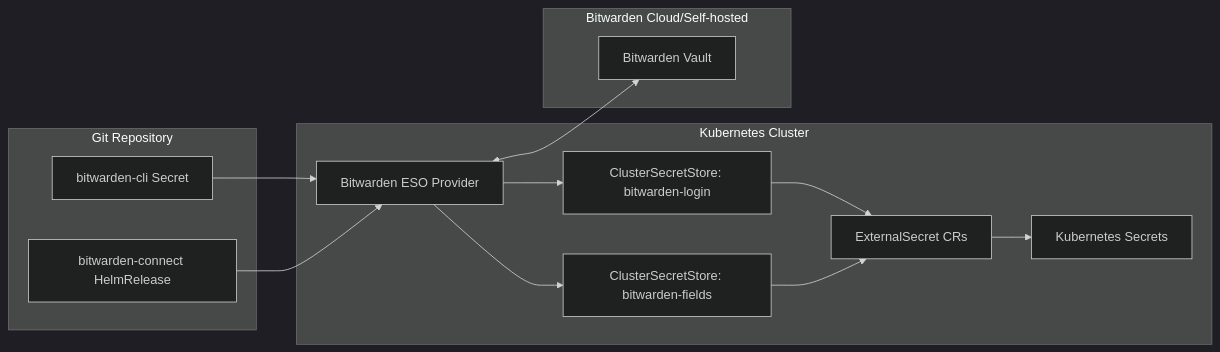
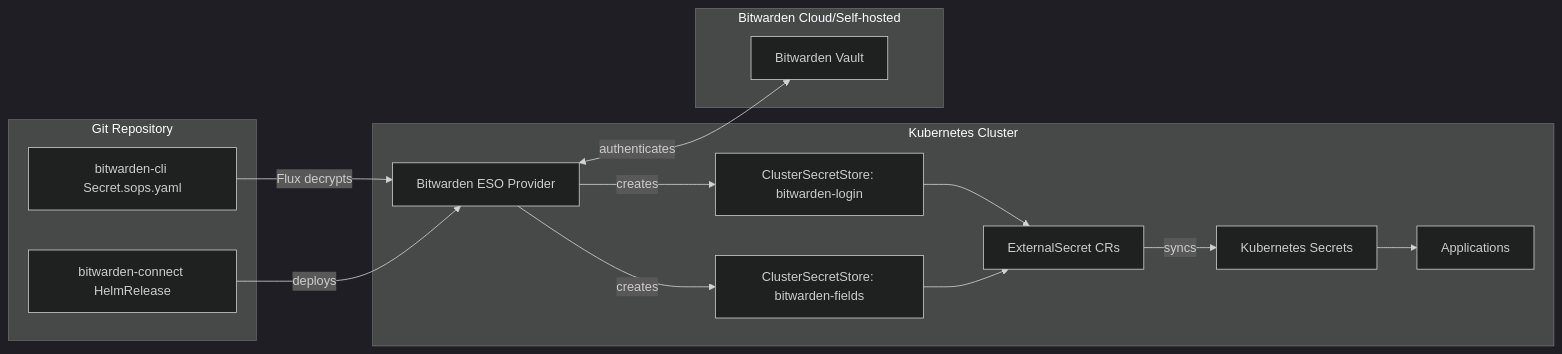
Before and after one commit to Tomyail/talos-cluster: the diagram in openwiki/integrations/bitwarden.md, drawn with Mermaid (dark theme). The commit also changed other lines of this file and 23 other files, not shown here.

````diff
--- a/openwiki/integrations/bitwarden.md
+++ b/openwiki/integrations/bitwarden.md
@@ -39,28 +39,30 @@
 ```mermaid
 flowchart LR
     subgraph Git["Git Repository"]
-        A["bitwarden-cli Secret"]
+        A["bitwarden-cli Secret.sops.yaml"]
         B["bitwarden-connect HelmRelease"]
     end
 
     subgraph K8s["Kubernetes Cluster"]
         C["Bitwarden ESO Provider"]
         D["ClusterSecretStore: bitwarden-login"]
         E["ClusterSecretStore: bitwarden-fields"]
         F["ExternalSecret CRs"]
         G["Kubernetes Secrets"]
+        J["Applications"]
     end
 
     subgraph External["Bitwarden Cloud/Self-hosted"]
         H["Bitwarden Vault"]
     end
 
-    A --> C
-    B --> C
-    C --> D
-    C --> E
+    A -->|Flux decrypts| C
+    B -->|deploys| C
+    C -->|creates| D
+    C -->|creates| E
+    C <-->|authenticates| H
     D --> F
     E --> F
-    F --> G
-    C <--> H
+    F -->|syncs| G
+    G --> J
 ```
````
